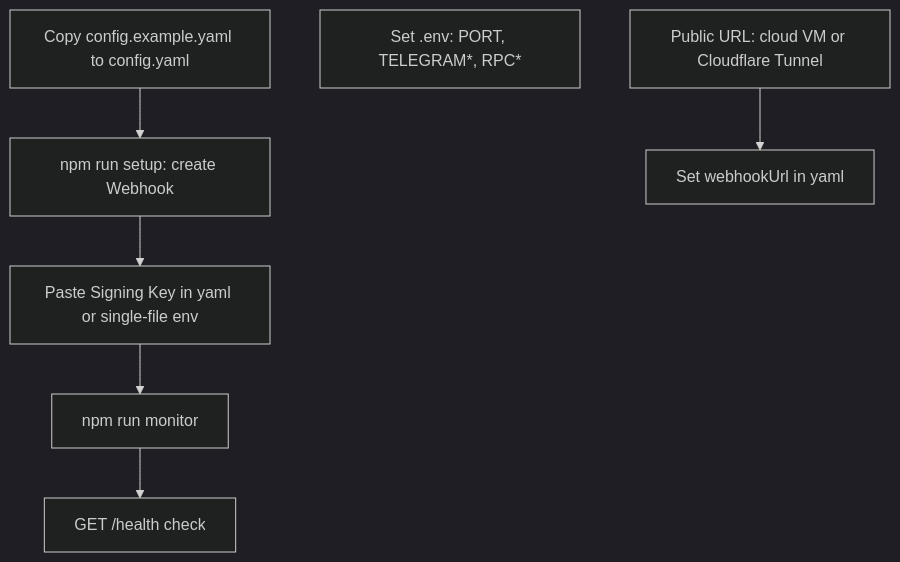
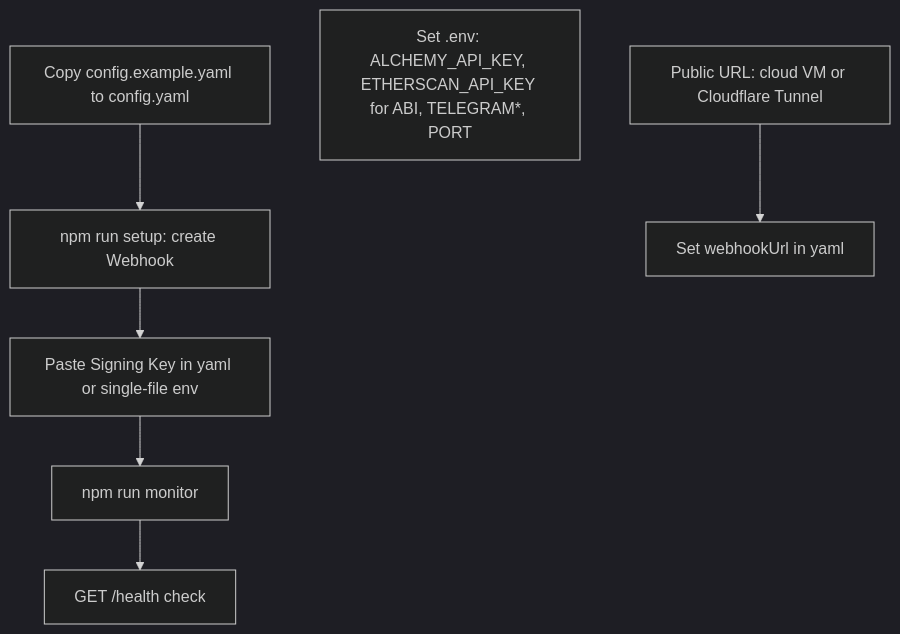
The diagram in docs/flowcharts/05-deploy-flow.mmd (CZToTheTop/internal_tx_monitor), drawn with Mermaid (dark theme) before and after one commit. The commit also changed 16 other files, not shown here.

```diff
--- a/docs/flowcharts/05-deploy-flow.mmd
+++ b/docs/flowcharts/05-deploy-flow.mmd
@@ -1,9 +1,9 @@
 flowchart TD
   CP["Copy config.example.yaml to config.yaml"]
-  ENV["Set .env: PORT, TELEGRAM*, RPC*"]
+  ENV["Set .env: ALCHEMY_API_KEY, ETHERSCAN_API_KEY for ABI, TELEGRAM*, PORT"]
   TUN["Public URL: cloud VM or Cloudflare Tunnel"]
   CP --> SETUP["npm run setup: create Webhook"]
   TUN --> WHURL["Set webhookUrl in yaml"]
   SETUP --> KEY["Paste Signing Key in yaml or single-file env"]
   KEY --> RUN["npm run monitor"]
   RUN --> HC["GET /health check"]
```
